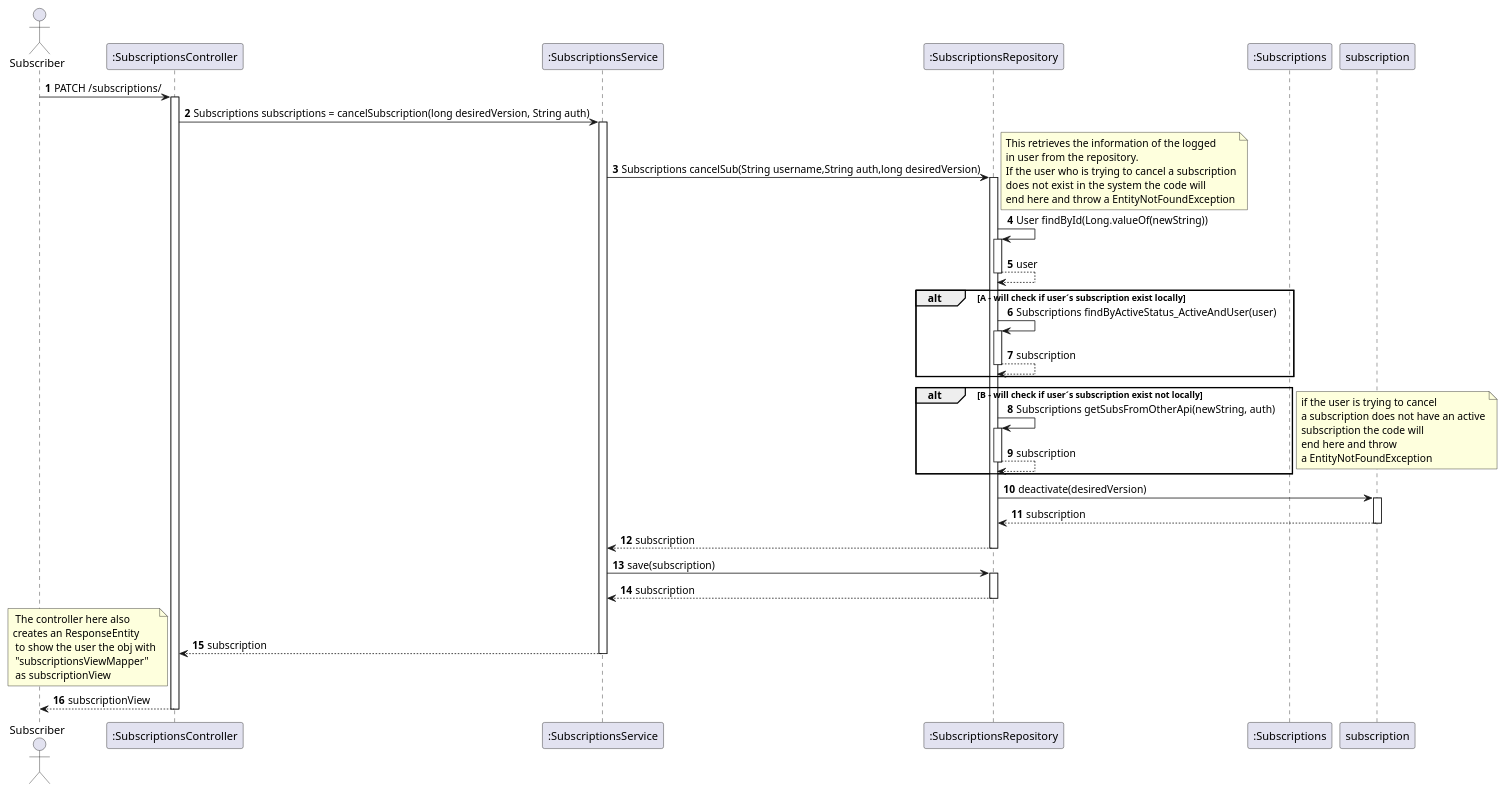
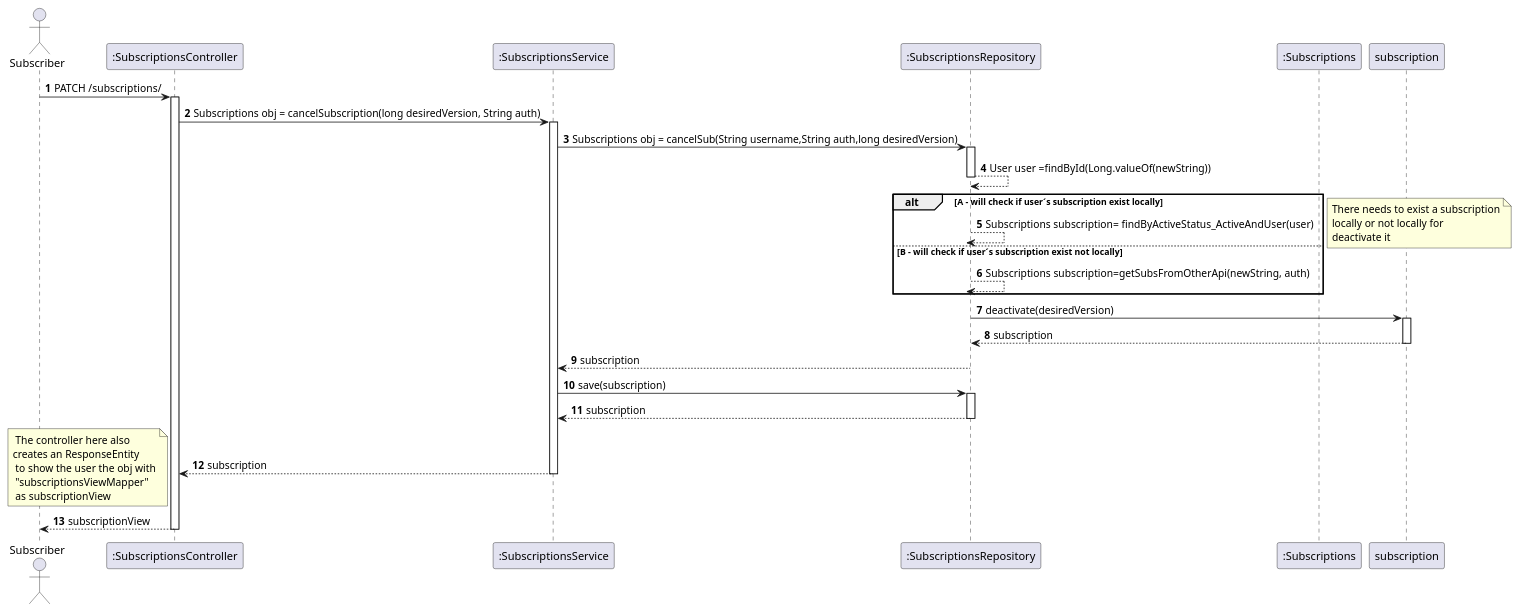
The diagram in docs_sidis/Subs/UC08 - CancelSub/UC08-SD.puml (IsepMartimOliveira/SIDIS), drawn with PlantUML before and after one commit. The commit also changed 9 other files, not shown here.

```diff
--- a/docs_sidis/Subs/UC08 - CancelSub/UC08-SD.puml
+++ b/docs_sidis/Subs/UC08 - CancelSub/UC08-SD.puml
@@ -1,65 +1,52 @@
 @startuml
 'https://plantuml.com/sequence-diagram
 autoactivate on
 autonumber
 
 
 actor "Subscriber" as Ac
 participant ":SubscriptionsController" as Ctrl
 participant ":SubscriptionsService" as Serv
 participant ":SubscriptionsRepository" as SubRepo
 participant ":Subscriptions" as Sub
 
 Ac -> Ctrl : PATCH /subscriptions/
-Ctrl -> Serv : Subscriptions subscriptions = cancelSubscription(long desiredVersion, String auth)
+Ctrl -> Serv : Subscriptions obj = cancelSubscription(long desiredVersion, String auth)
 
 
-Serv -> SubRepo : Subscriptions cancelSub(String username,String auth,long desiredVersion)
+Serv -> SubRepo : Subscriptions obj = cancelSub(String username,String auth,long desiredVersion)
 
-note right
-  This retrieves the information of the logged
-  in user from the repository.
-  If the user who is trying to cancel a subscription
-  does not exist in the system  the code will
-  end here and throw a EntityNotFoundException
-end note
-SubRepo -> SubRepo :User findById(Long.valueOf(newString))
-SubRepo --> SubRepo : user
+SubRepo --> SubRepo :User user =findById(Long.valueOf(newString))
 
 
 alt A - will check if user´s subscription exist locally
-SubRepo -> SubRepo :Subscriptions findByActiveStatus_ActiveAndUser(user)
-SubRepo --> SubRepo : subscription
-end
-alt B - will check if user´s subscription exist not locally
-SubRepo -> SubRepo :Subscriptions getSubsFromOtherApi(newString, auth)
-SubRepo --> SubRepo : subscription
+SubRepo --> SubRepo :Subscriptions subscription= findByActiveStatus_ActiveAndUser(user)
+else B - will check if user´s subscription exist not locally
+SubRepo --> SubRepo :Subscriptions subscription=getSubsFromOtherApi(newString, auth)
 end
 note right
-  if the user is trying to cancel
-  a subscription does not have an active
-  subscription the code will
-  end here and throw
-  a EntityNotFoundException
+ There needs to exist a subscription
+ locally or not locally for
+ deactivate it
 end note
 
 deactivate Sub
 SubRepo -> subscription : deactivate(desiredVersion)
 subscription-->SubRepo: subscription
 SubRepo --> Serv: subscription
 
 Serv -> SubRepo: save(subscription)
 SubRepo --> Serv: subscription
 Serv --> Ctrl: subscription
 
 
 note left
  The controller here also
 creates an ResponseEntity
  to show the user the obj with
  "subscriptionsViewMapper"
  as subscriptionView
 end note
 Ac <-- Ctrl : subscriptionView
 
 @enduml
```
